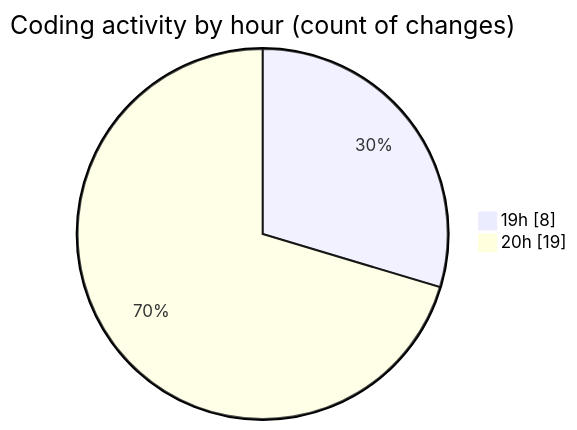
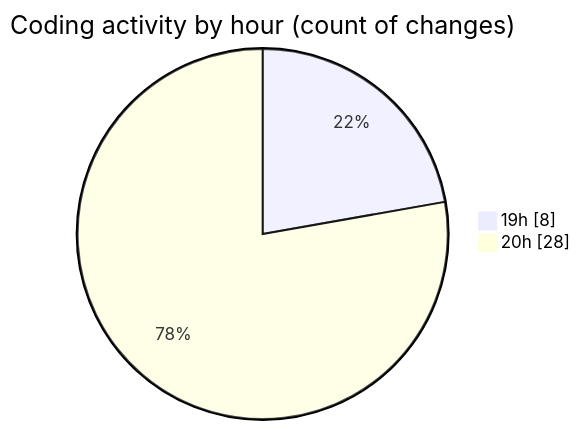
Before and after one commit to Elitesun/code-tracking: the second of 2 diagrams in 2025-05-27/ecom_store/README.md, drawn with Mermaid. The commit also changed other lines of this file and 1 other file, not shown here.

````diff
--- a/2025-05-27/ecom_store/README.md
+++ b/2025-05-27/ecom_store/README.md
@@ -40,6 +43,6 @@
 ```mermaid
 pie showData
 title Coding activity by hour (count of changes)
 "19h" : 8
-"20h" : 19
+"20h" : 28
 ```
````
